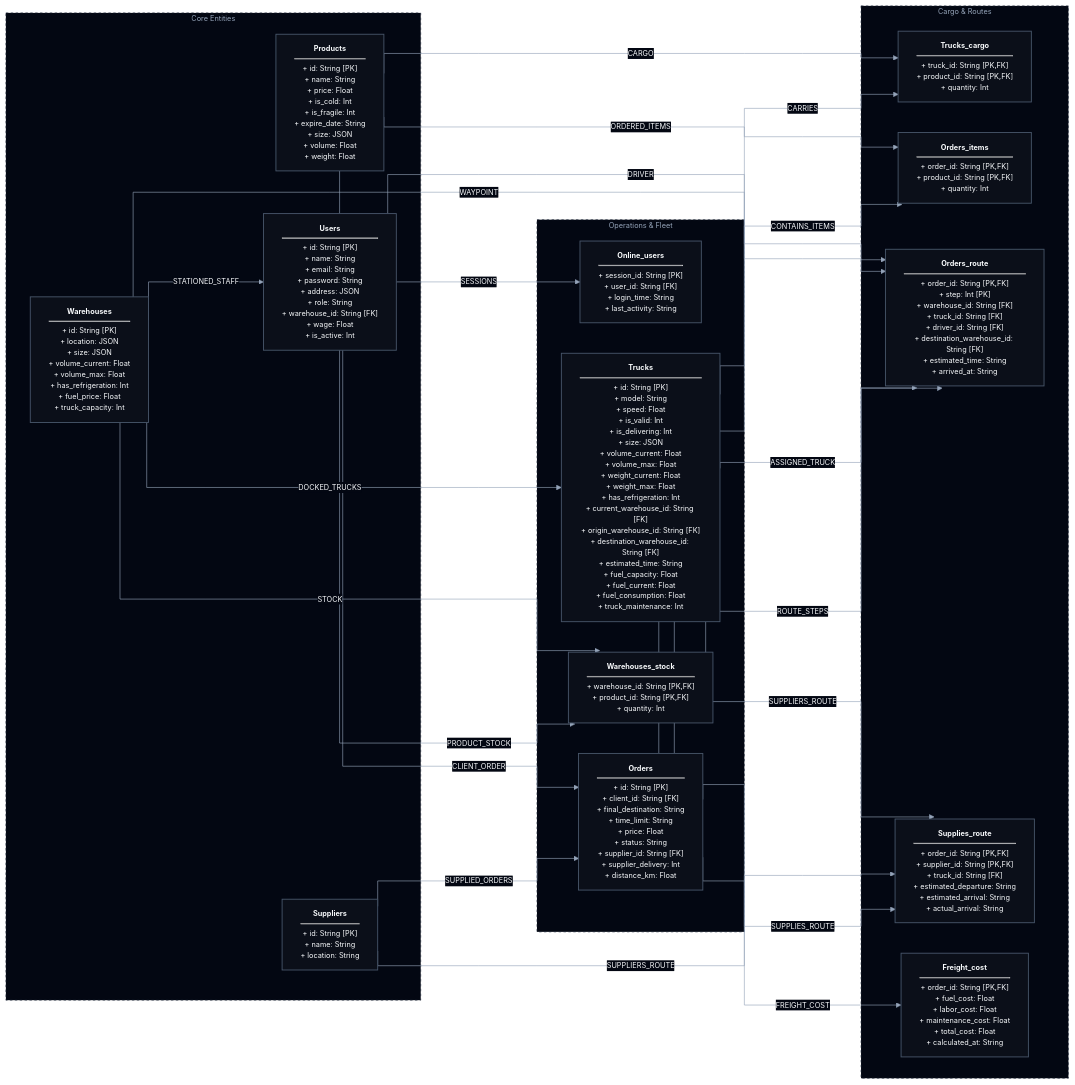
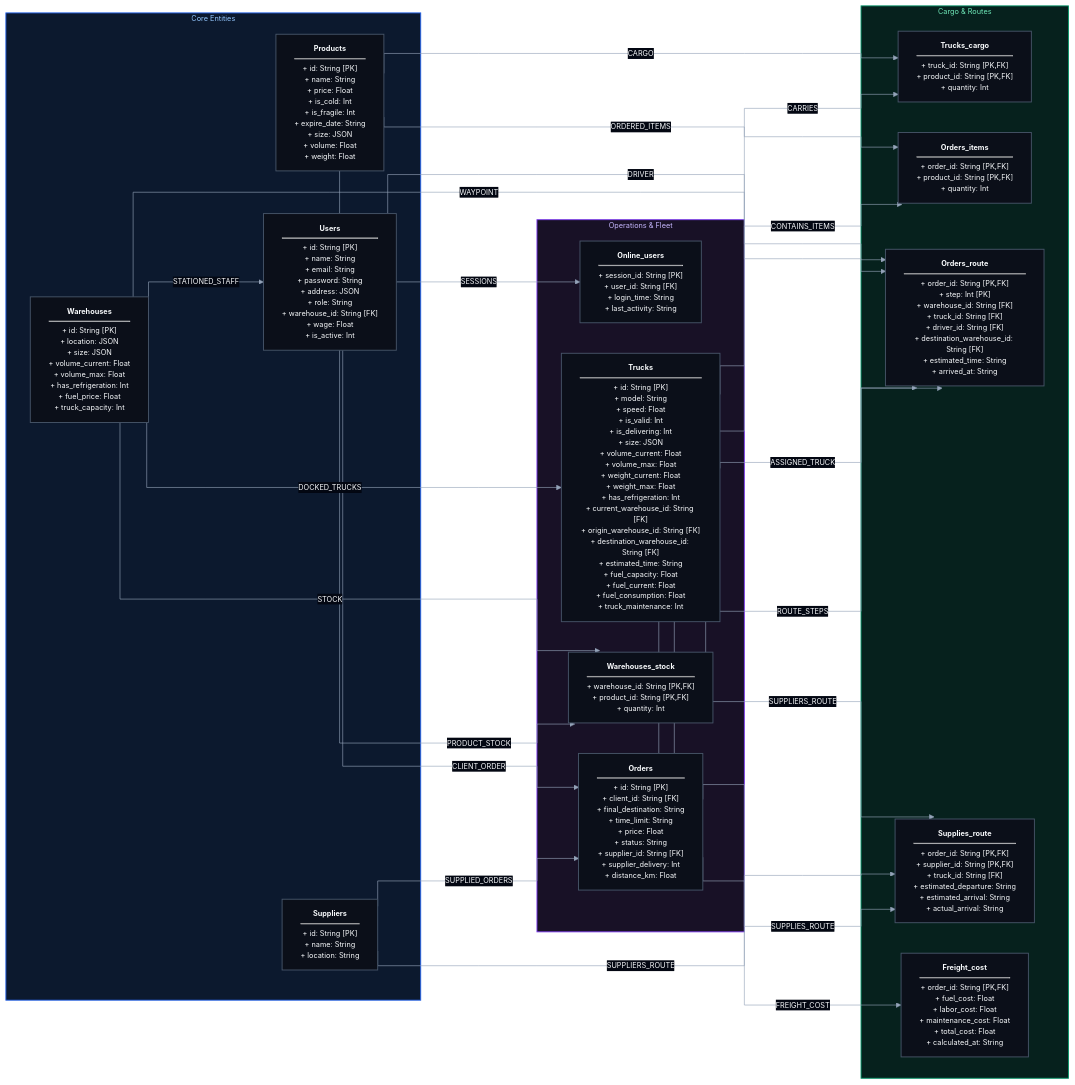
Before and after one commit to Bruno-Grosso/Simple-Logistic-System: the diagram in back/db/UML/scheme.md, drawn with Mermaid. The commit also changed other lines of this file, not shown here.

````diff
--- a/back/db/UML/scheme.md
+++ b/back/db/UML/scheme.md
@@ -9,73 +9,72 @@
 ```mermaid
 %%{init: {
   'theme': 'base',
   'flowchart': {
     'curve': 'stepBefore',
     'nodeSpacing': 50,
     'rankSpacing': 80
   },
   'themeVariables': {
     'darkMode': true,
     'background': '#030712',
     'primaryColor': '#0f172a',
     'primaryTextColor': '#f8fafc',
     'primaryBorderColor': '#475569',
     'lineColor': '#94a3b8',
     'textColor': '#f8fafc',
     'edgeLabelBackground': '#030712',
-    'clusterBkg': '#030712',
-    'clusterBorder': '#1e293b',
     'fontSize': '12px'
   }
 }}%%
 flowchart LR
 
     classDef default fill:#0b0f19,stroke:#475569,stroke-width:1.5px,color:#f8fafc;
 
     subgraph Core ["Core Entities"]
         USERS["<b>Users</b><hr/>+ id: String [PK]<br/>+ name: String<br/>+ email: String<br/>+ password: String<br/>+ address: JSON<br/>+ role: String<br/>+ warehouse_id: String [FK]<br/>+ wage: Float<br/>+ is_active: Int"]
         PRODUCTS["<b>Products</b><hr/>+ id: String [PK]<br/>+ name: String<br/>+ price: Float<br/>+ is_cold: Int<br/>+ is_fragile: Int<br/>+ expire_date: String<br/>+ size: JSON<br/>+ volume: Float<br/>+ weight: Float"]
         WAREHOUSES["<b>Warehouses</b><hr/>+ id: String [PK]<br/>+ location: JSON<br/>+ size: JSON<br/>+ volume_current: Float<br/>+ volume_max: Float<br/>+ has_refrigeration: Int<br/>+ fuel_price: Float<br/>+ truck_capacity: Int"]
         SUPPLIERS["<b>Suppliers</b><hr/>+ id: String [PK]<br/>+ name: String<br/>+ location: String"]
     end
 
     subgraph Operations ["Operations & Fleet"]
         ONLINE_USERS["<b>Online_users</b><hr/>+ session_id: String [PK]<br/>+ user_id: String [FK]<br/>+ login_time: String<br/>+ last_activity: String"]
         TRUCKS["<b>Trucks</b><hr/>+ id: String [PK]<br/>+ model: String<br/>+ speed: Float<br/>+ is_valid: Int<br/>+ is_delivering: Int<br/>+ size: JSON<br/>+ volume_current: Float<br/>+ volume_max: Float<br/>+ weight_current: Float<br/>+ weight_max: Float<br/>+ has_refrigeration: Int<br/>+ current_warehouse_id: String [FK]<br/>+ origin_warehouse_id: String [FK]<br/>+ destination_warehouse_id: String [FK]<br/>+ estimated_time: String<br/>+ fuel_capacity: Float<br/>+ fuel_current: Float<br/>+ fuel_consumption: Float<br/>+ truck_maintenance: Int"]
         WAREHOUSES_STOCK["<b>Warehouses_stock</b><hr/>+ warehouse_id: String [PK,FK]<br/>+ product_id: String [PK,FK]<br/>+ quantity: Int"]
         ORDERS["<b>Orders</b><hr/>+ id: String [PK]<br/>+ client_id: String [FK]<br/>+ final_destination: String<br/>+ time_limit: String<br/>+ price: Float<br/>+ status: String<br/>+ supplier_id: String [FK]<br/>+ supplier_delivery: Int<br/>+ distance_km: Float"]
     end
 
     subgraph Logistics ["Cargo & Routes"]
         TRUCKS_CARGO["<b>Trucks_cargo</b><hr/>+ truck_id: String [PK,FK]<br/>+ product_id: String [PK,FK]<br/>+ quantity: Int"]
         ORDERS_ITEMS["<b>Orders_items</b><hr/>+ order_id: String [PK,FK]<br/>+ product_id: String [PK,FK]<br/>+ quantity: Int"]
         ORDERS_ROUTE["<b>Orders_route</b><hr/>+ order_id: String [PK,FK]<br/>+ step: Int [PK]<br/>+ warehouse_id: String [FK]<br/>+ truck_id: String [FK]<br/>+ driver_id: String [FK]<br/>+ destination_warehouse_id: String [FK]<br/>+ estimated_time: String<br/>+ arrived_at: String"]
         SUPPLIES_ROUTE["<b>Supplies_route</b><hr/>+ order_id: String [PK,FK]<br/>+ supplier_id: String [PK,FK]<br/>+ truck_id: String [FK]<br/>+ estimated_departure: String<br/>+ estimated_arrival: String<br/>+ actual_arrival: String"]
         FREIGHT_COST["<b>Freight_cost</b><hr/>+ order_id: String [PK,FK]<br/>+ fuel_cost: Float<br/>+ labor_cost: Float<br/>+ maintenance_cost: Float<br/>+ total_cost: Float<br/>+ calculated_at: String"]
     end
 
-    style Core fill:#030712,stroke:#1e293b,stroke-width:1px,stroke-dasharray: 4 4,color:#94a3b8
-    style Operations fill:#030712,stroke:#1e293b,stroke-width:1px,stroke-dasharray: 4 4,color:#94a3b8
-    style Logistics fill:#030712,stroke:#1e293b,stroke-width:1px,stroke-dasharray: 4 4,color:#94a3b8
+    %% Distinct division styling (different from canvas and cards)
+    style Core fill:#0c192e,stroke:#2563eb,stroke-width:1.5px,color:#93c5fd
+    style Operations fill:#181126,stroke:#7c3aed,stroke-width:1.5px,color:#c4b5fd
+    style Logistics fill:#06211d,stroke:#059669,stroke-width:1.5px,color:#6ee7b7
 
     %% Relationships with orthogonal routing
     USERS -->|SESSIONS| ONLINE_USERS
     USERS -->|CLIENT_ORDER| ORDERS
     USERS -->|DRIVER| ORDERS_ROUTE
     WAREHOUSES -->|STATIONED_STAFF| USERS
     WAREHOUSES -->|STOCK| WAREHOUSES_STOCK
     WAREHOUSES -->|DOCKED_TRUCKS| TRUCKS
     WAREHOUSES -->|WAYPOINT| ORDERS_ROUTE
     PRODUCTS -->|PRODUCT_STOCK| WAREHOUSES_STOCK
     PRODUCTS -->|ORDERED_ITEMS| ORDERS_ITEMS
     PRODUCTS -->|CARGO| TRUCKS_CARGO
     TRUCKS -->|CARRIES| TRUCKS_CARGO
     TRUCKS -->|ASSIGNED_TRUCK| ORDERS_ROUTE
     TRUCKS -->|SUPPLIERS_ROUTE| SUPPLIES_ROUTE
     SUPPLIERS -->|SUPPLIED_ORDERS| ORDERS
     SUPPLIERS -->|SUPPLIERS_ROUTE| SUPPLIES_ROUTE
     ORDERS -->|CONTAINS_ITEMS| ORDERS_ITEMS
     ORDERS -->|ROUTE_STEPS| ORDERS_ROUTE
     ORDERS -->|SUPPLIES_ROUTE| SUPPLIES_ROUTE
     ORDERS -->|FREIGHT_COST| FREIGHT_COST
 ```
````
